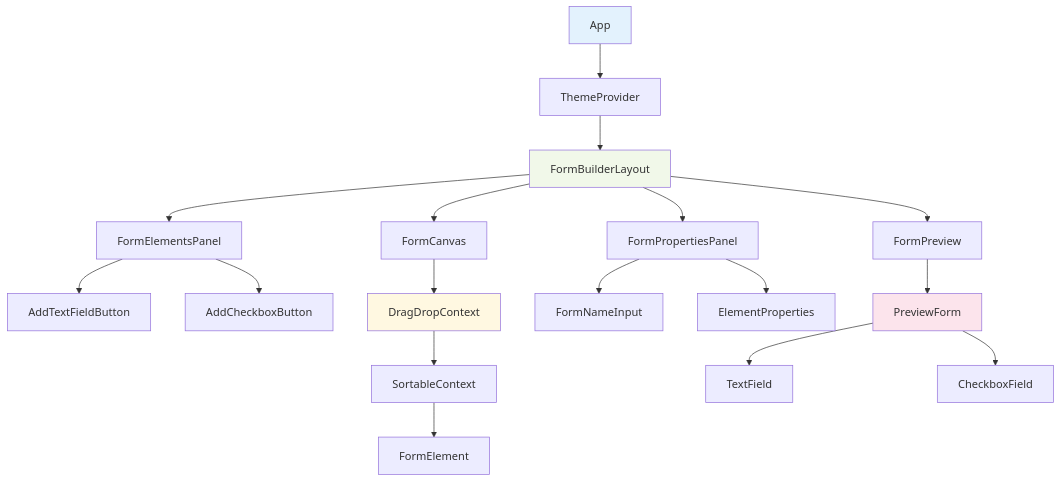
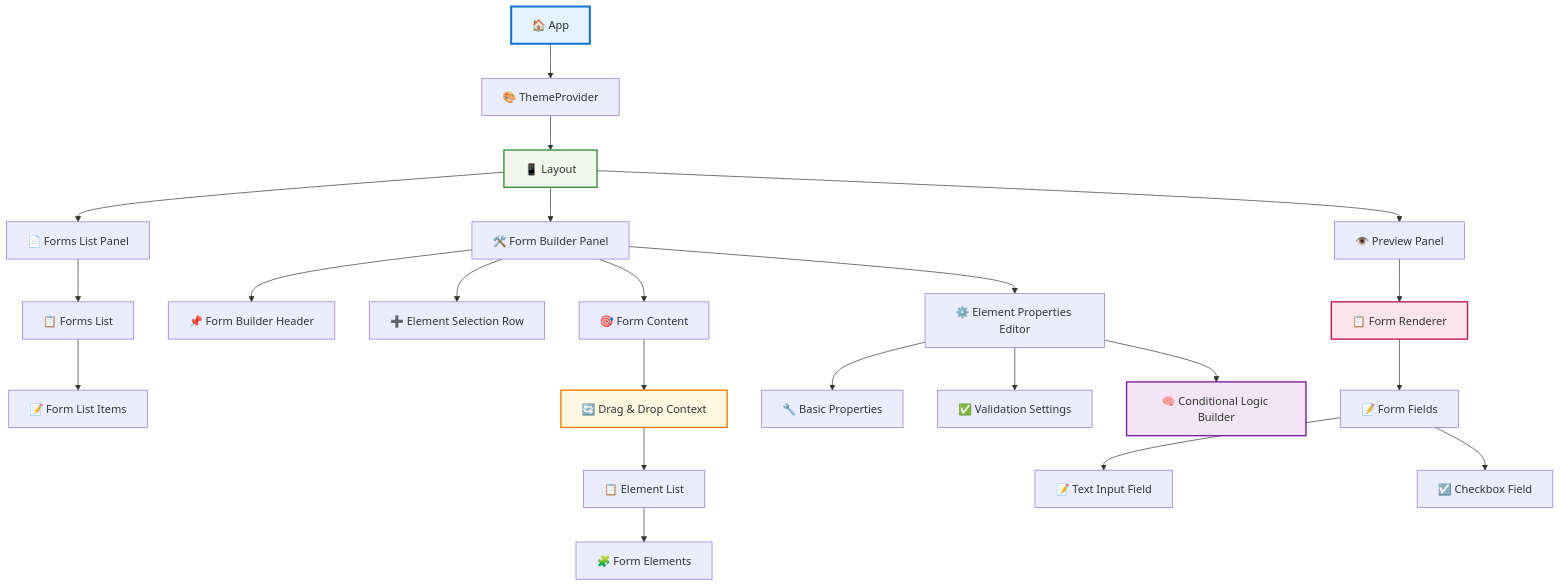
The second of 3 diagrams in README.md (b-amir/form-flow), drawn with Mermaid before and after one commit. The commit also changed other lines of this file, not shown here.

Commit message:
docs: refine README content for clarity and structure

````diff
--- a/README.md
+++ b/README.md
@@ -255,29 +238,37 @@
 ```mermaid
 graph TD
-    A[App] --> B[ThemeProvider]
-    B --> C[FormBuilderLayout]
+    A[🏠 App]
+    A --> B[🎨 ThemeProvider]
+    B --> C[📱 Layout]
 
-    C --> D[FormElementsPanel]
-    C --> E[FormCanvas]
-    C --> F[FormPropertiesPanel]
-    C --> G[FormPreview]
+    C --> D[📄 Forms List Panel]
+    C --> E[🛠️ Form Builder Panel]
+    C --> F[👁️ Preview Panel]
 
-    D --> H[AddTextFieldButton]
-    D --> I[AddCheckboxButton]
+    D --> G[📋 Forms List]
+    G --> H[📝 Form List Items]
 
-    E --> J[DragDropContext]
-    J --> K[SortableContext]
-    K --> L[FormElement]
+    E --> I[📌 Form Builder Header]
+    E --> J[➕ Element Selection Row]
+    E --> K[🎯 Form Content]
+    E --> L[⚙️ Element Properties Editor]
 
-    F --> M[FormNameInput]
-    F --> N[ElementProperties]
+    K --> M[🔄 Drag & Drop Context]
+    M --> N[📋 Element List]
+    N --> O[🧩 Form Elements]
 
-    G --> O[PreviewForm]
-    O --> P[TextField]
-    O --> Q[CheckboxField]
+    F --> P[📋 Form Renderer]
+    P --> Q[📝 Form Fields]
+    Q --> R[📝 Text Input Field]
+    Q --> S[☑️ Checkbox Field]
 
-    style A fill:#e3f2fd
-    style C fill:#f1f8e9
-    style J fill:#fff8e1
-    style O fill:#fce4ec
+    L --> T[🔧 Basic Properties]
+    L --> U[✅ Validation Settings]
+    L --> V[🧠 Conditional Logic Builder]
+
+    style A fill:#e3f2fd,stroke:#1976d2,stroke-width:3px
+    style C fill:#f1f8e9,stroke:#388e3c,stroke-width:2px
+    style M fill:#fff8e1,stroke:#f57c00,stroke-width:2px
+    style P fill:#fce4ec,stroke:#c2185b,stroke-width:2px
+    style V fill:#f3e5f5,stroke:#7b1fa2,stroke-width:2px
 ```
````
